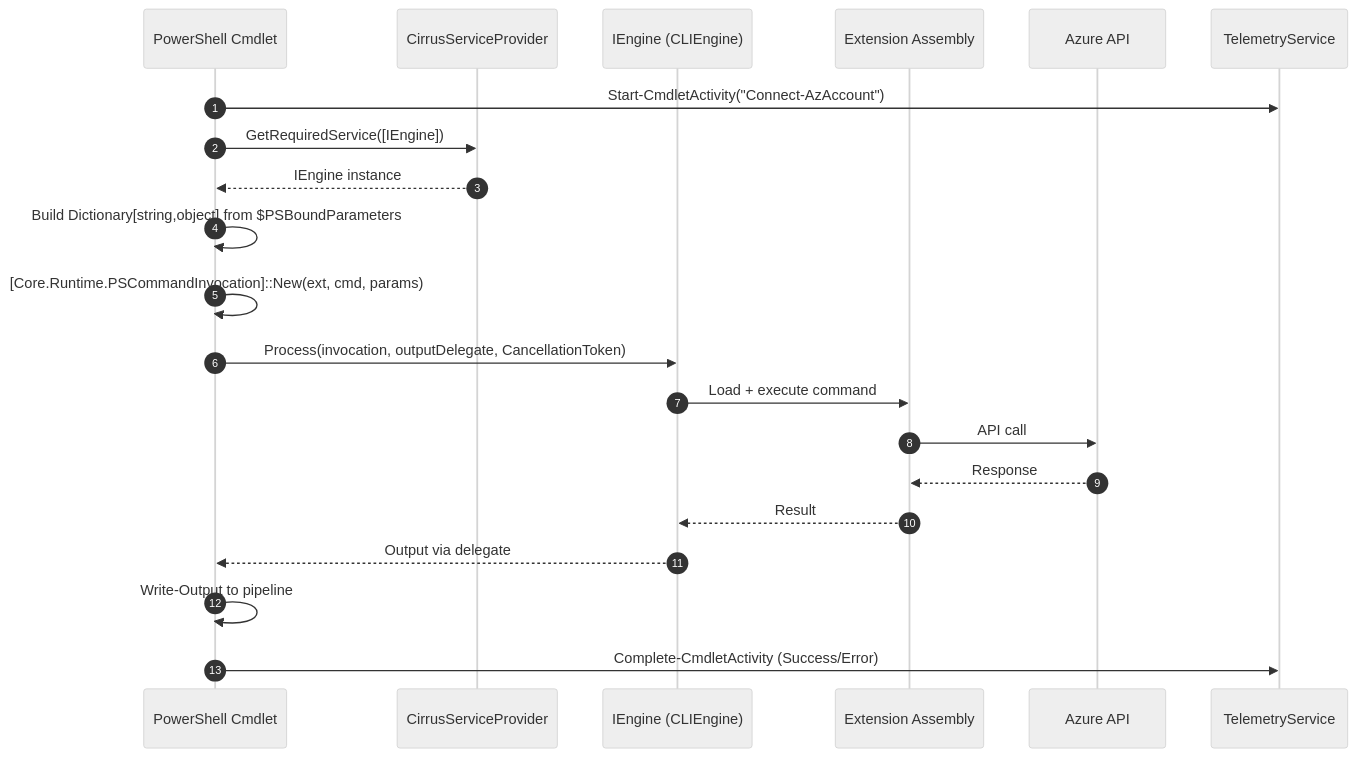
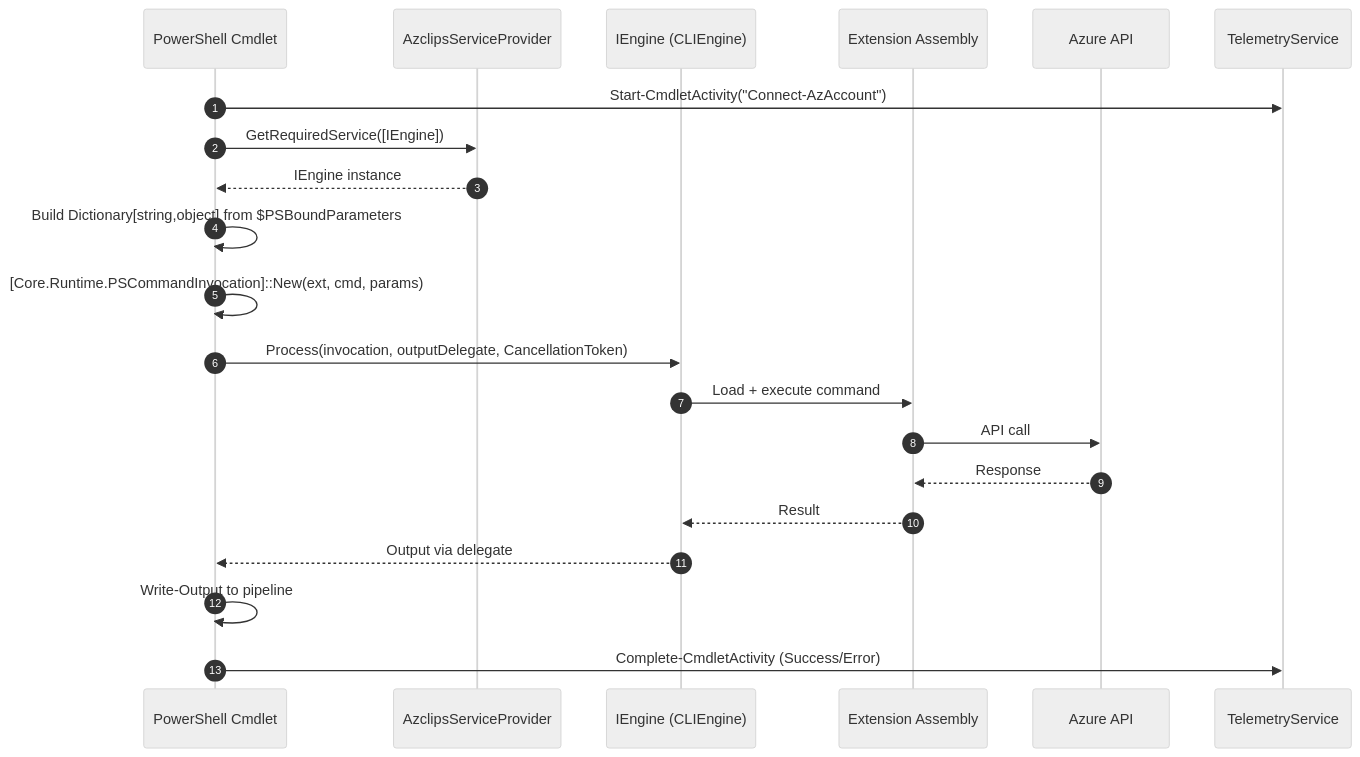
The second of 3 diagrams in wiki/01-getting-started/powershell-usage.md (Azure/azclips), drawn with Mermaid (neutral theme) before and after one commit. The commit also changed other lines of this file and 49 other files, not shown here.

Commit message:
Update references to AzclipsServiceProvider

````diff
--- a/wiki/01-getting-started/powershell-usage.md
+++ b/wiki/01-getting-started/powershell-usage.md
@@ -176,24 +176,24 @@
 ```mermaid
 sequenceDiagram
     autonumber
     participant PS as PowerShell Cmdlet
-    participant DI as CirrusServiceProvider
+    participant DI as AzclipsServiceProvider
     participant Engine as IEngine (CLIEngine)
     participant Ext as Extension Assembly
     participant Azure as Azure API
     participant Tel as TelemetryService
 
     PS->>Tel: Start-CmdletActivity("Connect-AzAccount")
     PS->>DI: GetRequiredService([IEngine])
     DI-->>PS: IEngine instance
     PS->>PS: Build Dictionary[string,object] from $PSBoundParameters
     PS->>PS: [Core.Runtime.PSCommandInvocation]::New(ext, cmd, params)
     PS->>Engine: Process(invocation, outputDelegate, CancellationToken)
     Engine->>Ext: Load + execute command
     Ext->>Azure: API call
     Azure-->>Ext: Response
     Ext-->>Engine: Result
     Engine-->>PS: Output via delegate
     PS->>PS: Write-Output to pipeline
     PS->>Tel: Complete-CmdletActivity (Success/Error)
 ```
````
